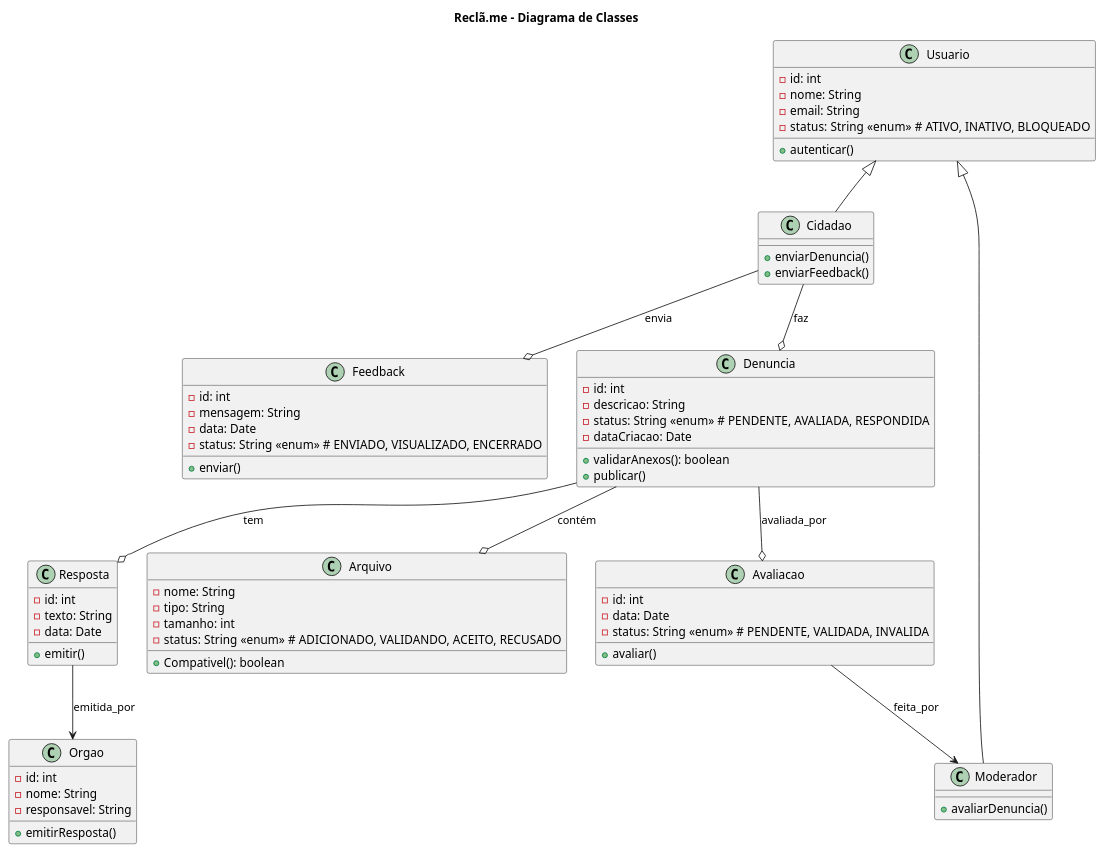
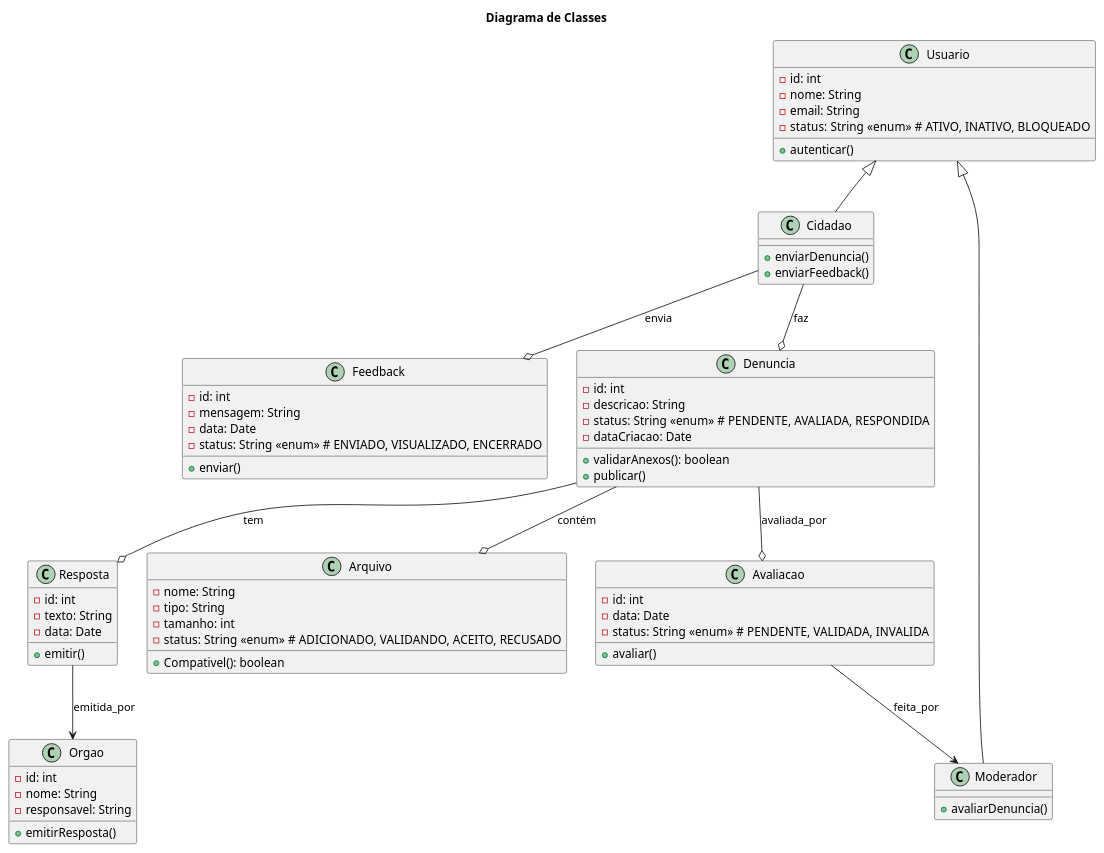
Before and after one commit to rafa-alves6/Reclama.se-AOO: the second of 2 diagrams in modelos/readme.md, drawn with PlantUML.

````diff
--- a/modelos/readme.md
+++ b/modelos/readme.md
@@ -67,6 +67,6 @@
 ```plantuml
 @startuml
-title Reclã.me - Diagrama de Classes 
+title Diagrama de Classes 
 
 class Usuario {
   - id: int
````
